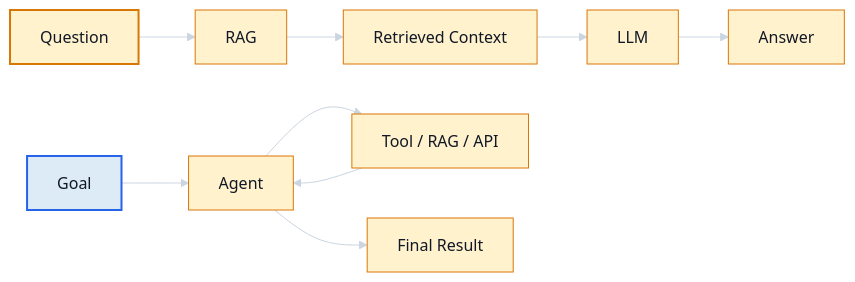
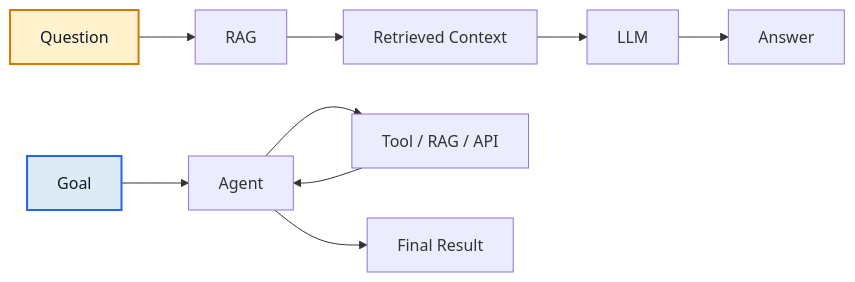
One commit to azam123/awesome-ai-engineer changed diagram 13 of 26 in AI-Engineer-Interview-Questions-2026.md. Above: the diagram before and after it, drawn with Mermaid. The commit also changed other lines of this file, not shown here.

Commit message:
docs: fix GitHub Mermaid rendering compatibility

````diff
--- a/AI-Engineer-Interview-Questions-2026.md
+++ b/AI-Engineer-Interview-Questions-2026.md
@@ -871,17 +859,16 @@
 ```mermaid
 flowchart LR
-%%{init: {"theme":"base","themeVariables":{"background":"#111827","primaryColor":"#FFF2CC","primaryTextColor":"#111827","primaryBorderColor":"#D97706","lineColor":"#CBD5E1","secondaryColor":"#DDEBF7","secondaryTextColor":"#111827","secondaryBorderColor":"#2563EB","tertiaryColor":"#E2F0D9","tertiaryTextColor":"#111827","tertiaryBorderColor":"#15803D","noteBkgColor":"#FFF2CC","noteTextColor":"#111827","noteBorderColor":"#D97706","actorBkg":"#DDEBF7","actorBorder":"#2563EB","actorTextColor":"#111827","signalColor":"#E5E7EB","signalTextColor":"#111827","labelBoxBkgColor":"#FFF2CC","labelBoxBorderColor":"#D97706","labelTextColor":"#111827"}}}%%
+Q[Question] --> R[RAG]
+R --> A[Retrieved Context]
+A --> L[LLM]
+L --> X[Answer]
+G[Goal] --> O[Agent]
+O --> T[Tool / RAG / API]
+T --> O
+O --> F[Final Result]
+class Q yellow
+class G blue
 classDef yellow fill:#FFF2CC,stroke:#D97706,stroke-width:2px,color:#111827;
 classDef blue fill:#DDEBF7,stroke:#2563EB,stroke-width:2px,color:#111827;
 classDef green fill:#E2F0D9,stroke:#15803D,stroke-width:2px,color:#111827;
-    Q[Question] --> R[RAG]
-    R --> A[Retrieved Context]
-    A --> L[LLM]
-    L --> X[Answer]
-    G[Goal] --> O[Agent]
-    O --> T[Tool / RAG / API]
-    T --> O
-    O --> F[Final Result]
-    class Q yellow;
-    class G blue;
 ```
````
